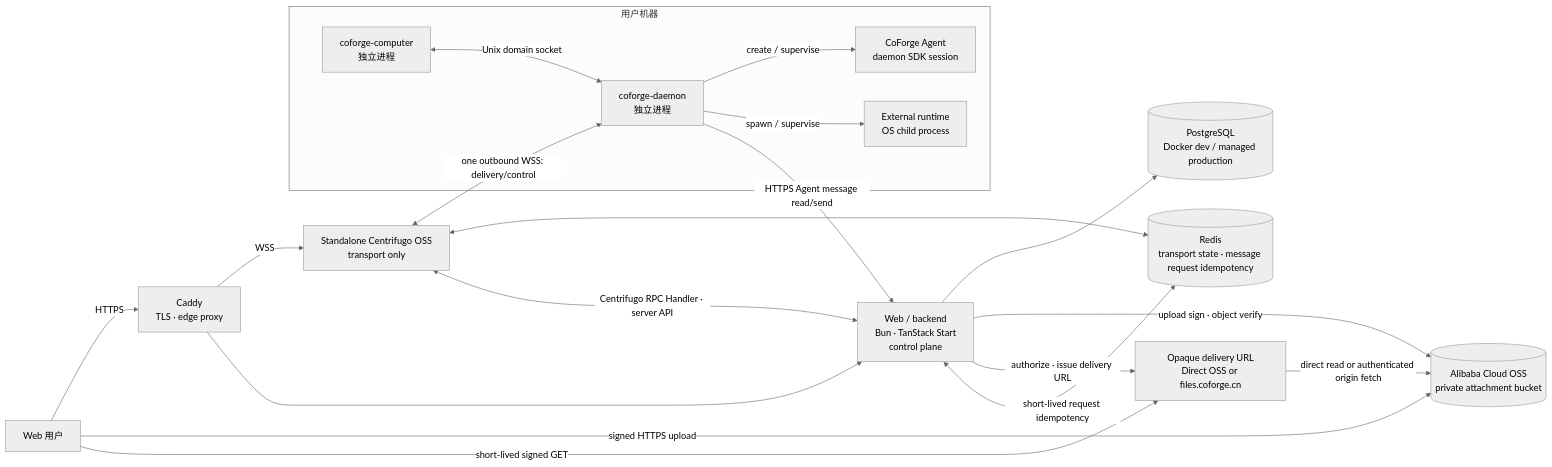
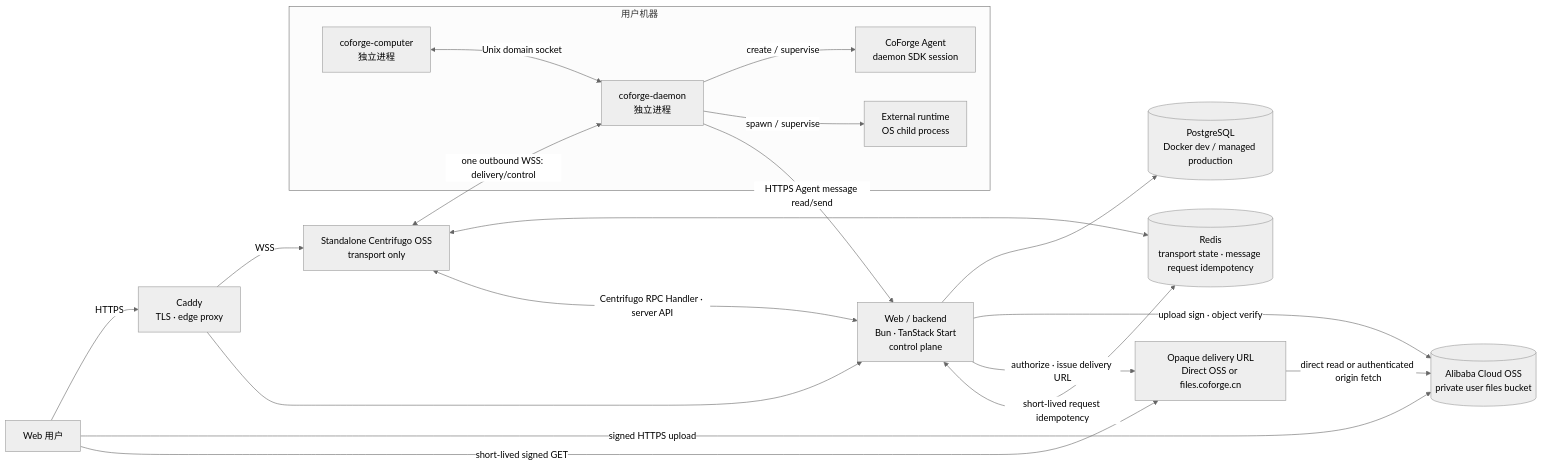
The diagram in docs/architecture.md (LRM-Teams/coforge), drawn with Mermaid (neutral theme) before and after one commit. The commit also changed other lines of this file and 30 other files, not shown here.

````diff
--- a/docs/architecture.md
+++ b/docs/architecture.md
@@ -25,29 +25,29 @@
 ```mermaid
 flowchart LR
     User[Web 用户] -->|HTTPS| Caddy[Caddy<br/>TLS · edge proxy]
-    User -->|signed HTTPS upload| OSS[(Alibaba Cloud OSS<br/>private attachment bucket)]
+    User -->|signed HTTPS upload| OSS[(Alibaba Cloud OSS<br/>private user files bucket)]
     User -->|short-lived signed GET| Delivery[Opaque delivery URL<br/>Direct OSS or files.coforge.cn]
     Caddy -->|WSS| Realtime[Standalone Centrifugo OSS<br/>transport only]
     Caddy --> Web[Web / backend<br/>Bun · TanStack Start<br/>control plane]
     Web --> DB[(PostgreSQL<br/>Docker dev / managed production)]
     Web -->|upload sign · object verify| OSS
     Web -->|authorize · issue delivery URL| Delivery
     Delivery -->|direct read or authenticated origin fetch| OSS
     Web <-->|Centrifugo RPC Handler · server API| Realtime
     Realtime <--> Redis[(Redis<br/>transport state · message request idempotency)]
     Web <-->|short-lived request idempotency| Redis
 
     subgraph Host[用户机器]
         Computer[coforge-computer<br/>独立进程]
         Daemon[coforge-daemon<br/>独立进程]
         Agent1[CoForge Agent<br/>daemon SDK session]
         Agent2[External runtime<br/>OS child process]
 
         Computer <-->|Unix domain socket| Daemon
         Daemon -->|create / supervise| Agent1
         Daemon -->|spawn / supervise| Agent2
     end
 
     Realtime <-->|one outbound WSS: delivery/control| Daemon
     Daemon -->|HTTPS Agent message read/send| Web
 ```
````
